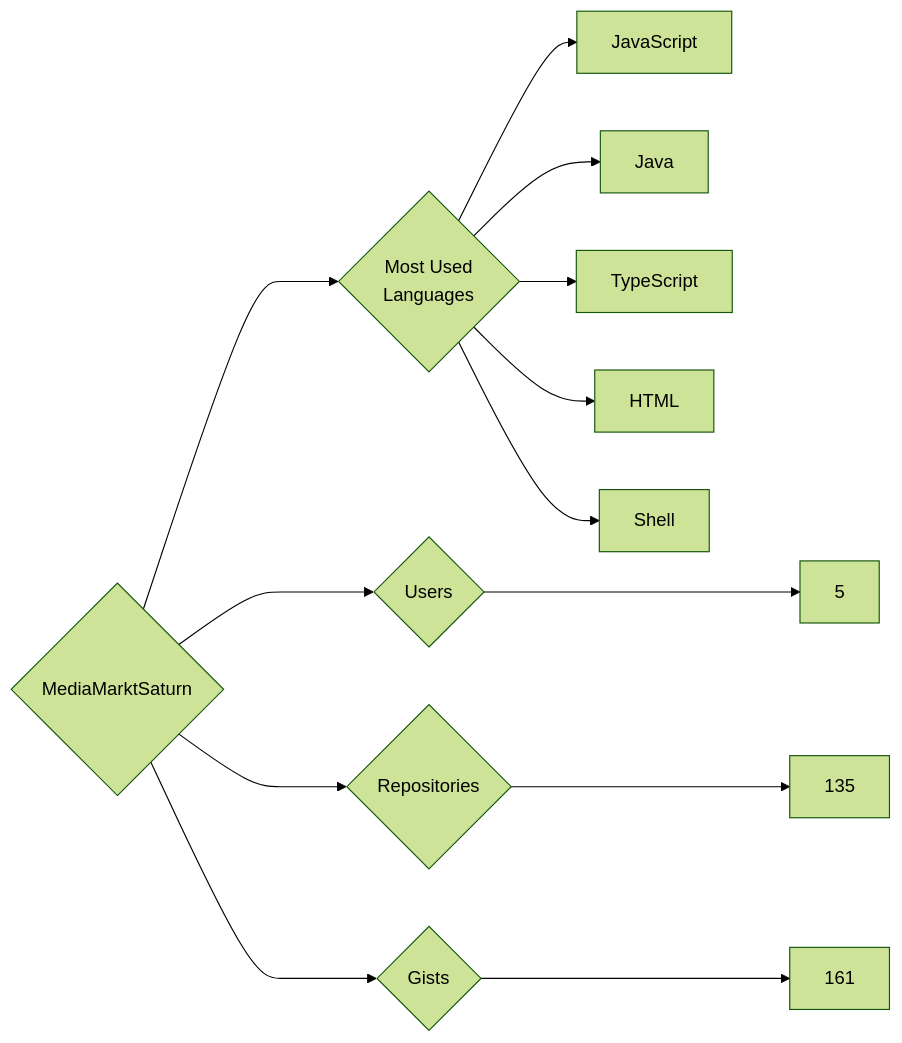
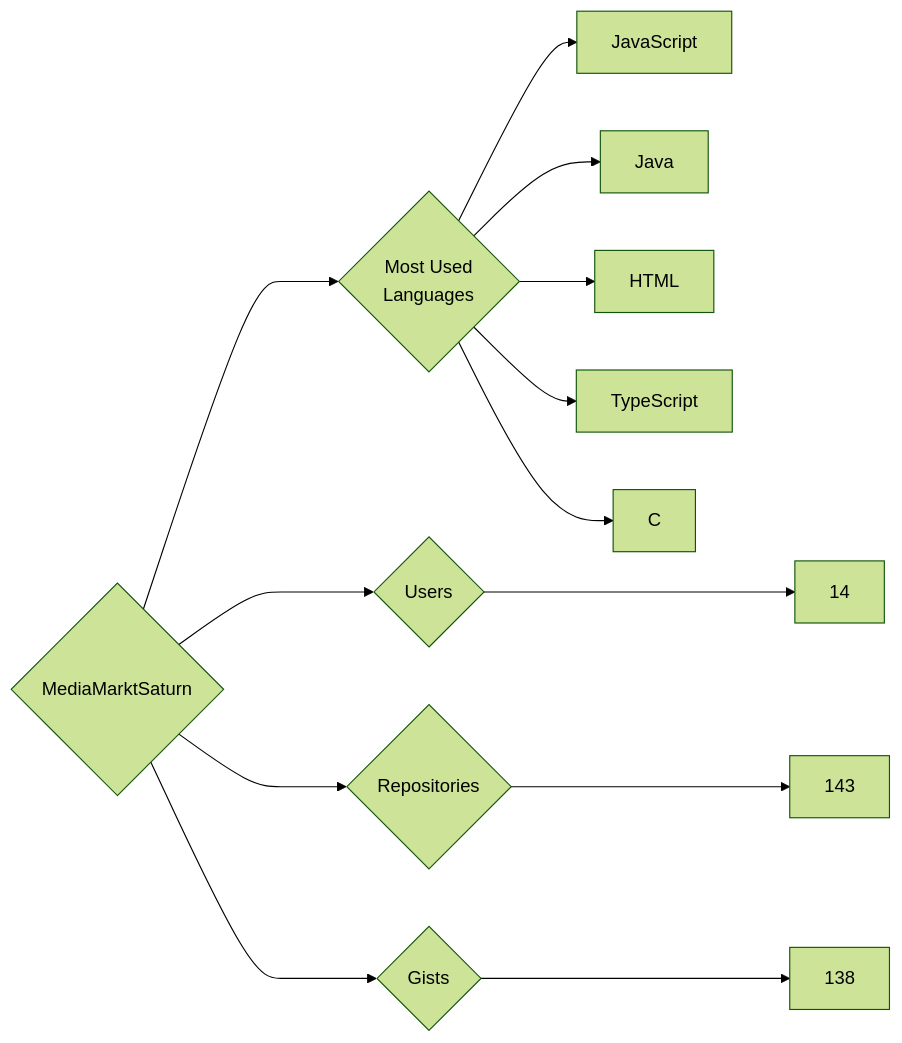
One commit to trickest/insiders changed the diagram in targets/MediaMarktSaturn/README.md. Above: the diagram before and after it, drawn with Mermaid (forest theme). The commit also changed 839 other files, not shown here.

````diff
--- a/targets/MediaMarktSaturn/README.md
+++ b/targets/MediaMarktSaturn/README.md
@@ -3,13 +3,13 @@
 ```mermaid
 graph LR
 COMPANY_NAME{MediaMarktSaturn}
-COMPANY_NAME ---> U{Users} ---> UN[5]
-COMPANY_NAME ---> R{Repositories} ---> RN[135]
-COMPANY_NAME ---> G{Gists} ---> GN[161]
+COMPANY_NAME ---> U{Users} ---> UN[14]
+COMPANY_NAME ---> R{Repositories} ---> RN[143]
+COMPANY_NAME ---> G{Gists} ---> GN[138]
 COMPANY_NAME ---> ML{Most Used<br>Languages}
 ML --> JavaScript[JavaScript]
 ML --> Java[Java]
+ML --> HTML[HTML]
 ML --> TypeScript[TypeScript]
-ML --> HTML[HTML]
-ML --> Shell[Shell]
+ML --> C[C]
 ```
````
